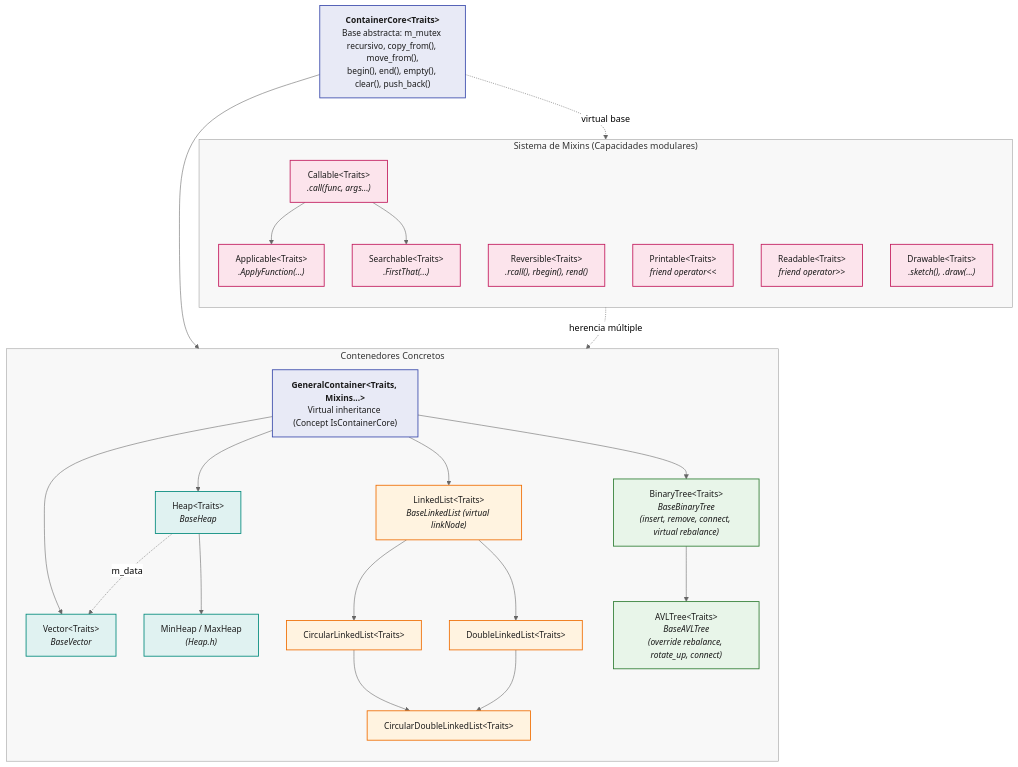
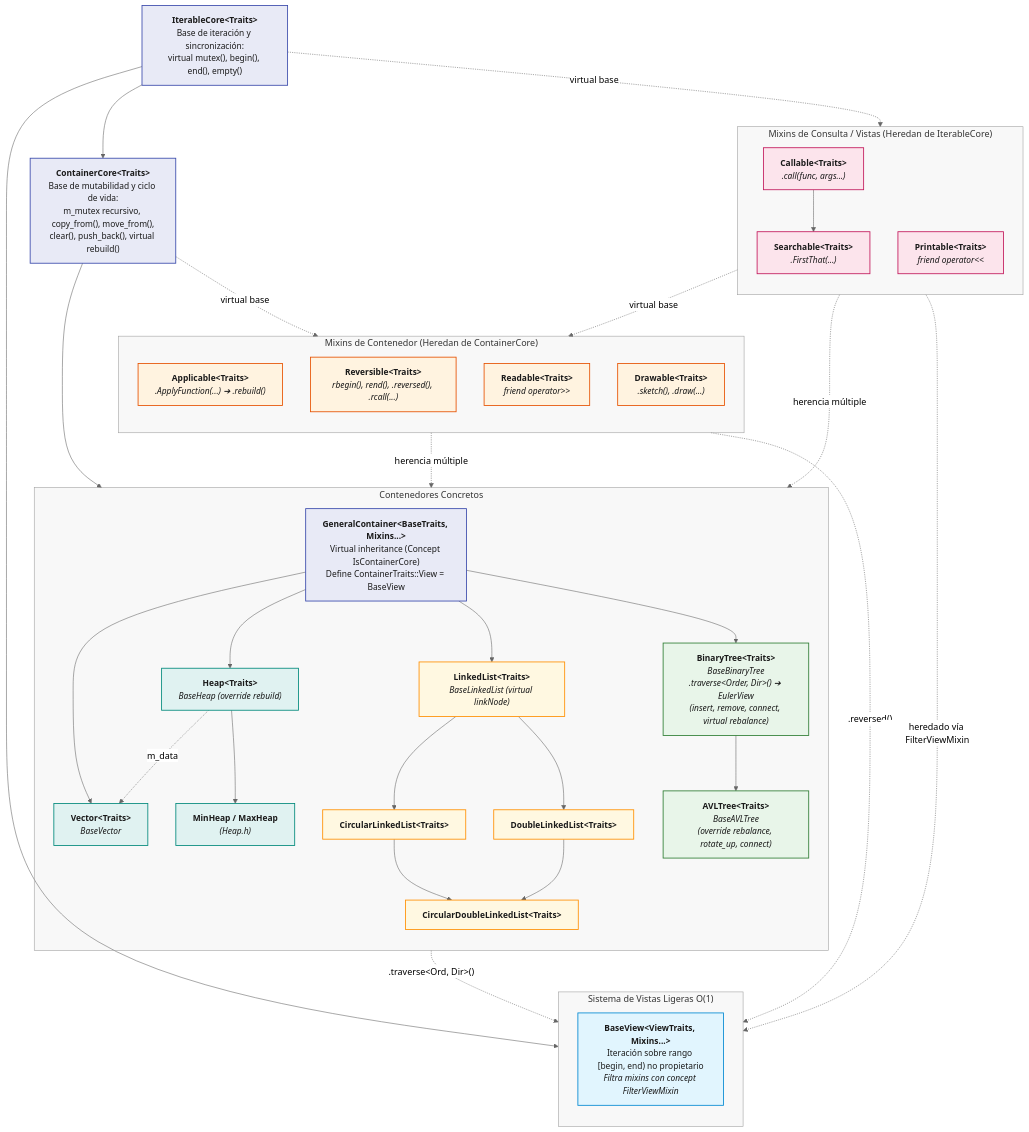
The second of 6 diagrams in README.md (AldoLunaBueno/2026-II-CS-UNI-CC0E5-AEDAv), drawn with Mermaid (neutral theme) before and after one commit. The commit also changed other lines of this file and 2 other files, not shown here.

````diff
--- a/README.md
+++ b/README.md
@@ -40,41 +40,59 @@
 ```mermaid
 flowchart TB
-    CC["<b>ContainerCore#lt;Traits#gt;</b><br/>Base abstracta: m_mutex recursivo, copy_from(), move_from(),<br/>begin(), end(), empty(), clear(), push_back()"]
+    IC["<b>IterableCore#lt;Traits#gt;</b><br/>Base de iteración y sincronización:<br/>virtual mutex(), begin(), end(), empty()"]
 
-    subgraph MIX["Sistema de Mixins (Capacidades modulares)"]
+    CC["<b>ContainerCore#lt;Traits#gt;</b><br/>Base de mutabilidad y ciclo de vida:<br/>m_mutex recursivo, copy_from(), move_from(),<br/>clear(), push_back(), virtual rebuild()"]
+
+    IC --> CC
+
+    subgraph MIX_Q["Mixins de Consulta / Vistas (Heredan de IterableCore)"]
         direction TB
-        CAL["Callable#lt;Traits#gt;<br/><i>.call(func, args...)</i>"]
-        APP["Applicable#lt;Traits#gt;<br/><i>.ApplyFunction(...)</i>"]
-        SEA["Searchable#lt;Traits#gt;<br/><i>.FirstThat(...)</i>"]
-        RCAL["Reversible#lt;Traits#gt;<br/><i>.rcall(), rbegin(), rend()</i>"]
-        PRI["Printable#lt;Traits#gt;<br/><i>friend operator#lt;#lt;</i>"]
-        REA["Readable#lt;Traits#gt;<br/><i>friend operator#gt;#gt;</i>"]
-        DRW["Drawable#lt;Traits#gt;<br/><i>.sketch(), .draw(...)</i>"]
-
-        CAL --> APP
+        CAL["<b>Callable#lt;Traits#gt;</b><br/><i>.call(func, args...)</i>"]
+        SEA["<b>Searchable#lt;Traits#gt;</b><br/><i>.FirstThat(...)</i>"]
+        PRI["<b>Printable#lt;Traits#gt;</b><br/><i>friend operator#lt;#lt;</i>"]
         CAL --> SEA
     end
 
-    GC["<b>GeneralContainer#lt;Traits, Mixins...#gt;</b><br/>Virtual inheritance (Concept IsContainerCore)"]
+    subgraph MIX_C["Mixins de Contenedor (Heredan de ContainerCore)"]
+        direction TB
+        APP["<b>Applicable#lt;Traits#gt;</b><br/><i>.ApplyFunction(...) ➔ .rebuild()</i>"]
+        REV["<b>Reversible#lt;Traits#gt;</b><br/><i>rbegin(), rend(), .reversed(), .rcall(...)</i>"]
+        REA["<b>Readable#lt;Traits#gt;</b><br/><i>friend operator#gt;#gt;</i>"]
+        DRW["<b>Drawable#lt;Traits#gt;</b><br/><i>.sketch(), .draw(...)</i>"]
+    end
+
+    IC -. "virtual base" .-> MIX_Q
+    CC -. "virtual base" .-> MIX_C
+    CAL -. "virtual base" .-> APP
+
+    subgraph VIEWS["Sistema de Vistas Ligeras O(1)"]
+        direction TB
+        BV["<b>BaseView#lt;ViewTraits, Mixins...#gt;</b><br/>Iteración sobre rango [begin, end) no propietario<br/><i>Filtra mixins con concept FilterViewMixin</i>"]
+    end
+
+    IC --> BV
+    MIX_Q -. "heredado vía FilterViewMixin" .-> BV
+
+    GC["<b>GeneralContainer#lt;BaseTraits, Mixins...#gt;</b><br/>Virtual inheritance (Concept IsContainerCore)<br/>Define ContainerTraits::View = BaseView"]
 
     CC --> GC
-    CC -. "virtual base" .-> MIX
-    MIX -. "herencia múltiple" .-> GC
+    MIX_Q -. "herencia múltiple" .-> GC
+    MIX_C -. "herencia múltiple" .-> GC
 
     subgraph CONT_STRUCT["Contenedores Concretos"]
         direction TB
-        V["Vector#lt;Traits#gt;<br/><i>BaseVector</i>"]
+        V["<b>Vector#lt;Traits#gt;</b><br/><i>BaseVector</i>"]
         
-        H["Heap#lt;Traits#gt;<br/><i>BaseHeap</i>"]
-        MH["MinHeap / MaxHeap<br/><i>(Heap.h)</i>"]
+        H["<b>Heap#lt;Traits#gt;</b><br/><i>BaseHeap (override rebuild)</i>"]
+        MH["<b>MinHeap / MaxHeap</b><br/><i>(Heap.h)</i>"]
         
-        LL["LinkedList#lt;Traits#gt;<br/><i>BaseLinkedList (virtual linkNode)</i>"]
-        LC["CircularLinkedList#lt;Traits#gt;"]
-        LDE["DoubleLinkedList#lt;Traits#gt;"]
-        LDEC["CircularDoubleLinkedList#lt;Traits#gt;"]
+        LL["<b>LinkedList#lt;Traits#gt;</b><br/><i>BaseLinkedList (virtual linkNode)</i>"]
+        LC["<b>CircularLinkedList#lt;Traits#gt;</b>"]
+        LDE["<b>DoubleLinkedList#lt;Traits#gt;</b>"]
+        LDEC["<b>CircularDoubleLinkedList#lt;Traits#gt;</b>"]
         
-        BT["BinaryTree#lt;Traits#gt;<br/><i>BaseBinaryTree<br/>(insert, remove, connect, virtual rebalance)</i>"]
-        AVL["AVLTree#lt;Traits#gt;<br/><i>BaseAVLTree<br/>(override rebalance, rotate_up, connect)</i>"]
+        BT["<b>BinaryTree#lt;Traits#gt;</b><br/><i>BaseBinaryTree<br/>.traverse#lt;Order, Dir#gt;() ➔ EulerView<br/>(insert, remove, connect, virtual rebalance)</i>"]
+        AVL["<b>AVLTree#lt;Traits#gt;</b><br/><i>BaseAVLTree<br/>(override rebalance, rotate_up, connect)</i>"]
 
         GC --> V
         GC --> H
@@ -92,18 +110,27 @@
         BT --> AVL
     end
 
-    classDef base fill:#E8EAF6,stroke:#3949AB,color:#1A1A1A,stroke-width:1.5px,font-size:15px;
-    classDef mixin fill:#FCE4EC,stroke:#C2185B,color:#1A1A1A,stroke-width:1.5px,font-size:15px;
+    REV -. ".reversed()" .-> BV
+    BT -. ".traverse#lt;Ord, Dir#gt;()" .-> BV
+
+    classDef core fill:#E8EAF6,stroke:#3949AB,color:#1A1A1A,stroke-width:1.5px,font-size:15px;
+    classDef mix_q fill:#FCE4EC,stroke:#C2185B,color:#1A1A1A,stroke-width:1.5px,font-size:15px;
+    classDef mix_c fill:#FFF3E0,stroke:#E65100,color:#1A1A1A,stroke-width:1.5px,font-size:15px;
+    classDef view fill:#E1F5FE,stroke:#0288D1,color:#1A1A1A,stroke-width:1.5px,font-size:15px;
     classDef vec fill:#E0F2F1,stroke:#00897B,color:#1A1A1A,stroke-width:1.5px,font-size:15px;
-    classDef lista fill:#FFF3E0,stroke:#EF6C00,color:#1A1A1A,stroke-width:1.5px,font-size:15px;
+    classDef lista fill:#FFF8E1,stroke:#FF8F00,color:#1A1A1A,stroke-width:1.5px,font-size:15px;
     classDef arbol fill:#E8F5E9,stroke:#2E7D32,color:#1A1A1A,stroke-width:1.5px,font-size:15px;
 
-    class CC,GC base
-    class CAL,APP,SEA,RCAL,PRI,REA,DRW mixin
+    class IC,CC,GC core
+    class CAL,SEA,PRI mix_q
+    class APP,REV,REA,DRW mix_c
+    class BV view
     class V,H,MH vec
     class LL,LC,LDE,LDEC lista
     class BT,AVL arbol
 
-    style MIX fill:#8080800F,stroke:#9E9E9E,stroke-width:1px
+    style MIX_Q fill:#8080800F,stroke:#9E9E9E,stroke-width:1px
+    style MIX_C fill:#8080800F,stroke:#9E9E9E,stroke-width:1px
+    style VIEWS fill:#8080800F,stroke:#9E9E9E,stroke-width:1px
     style CONT_STRUCT fill:#8080800F,stroke:#9E9E9E,stroke-width:1px
 ```
````
